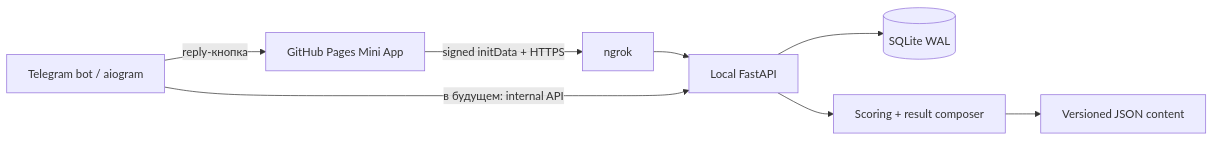
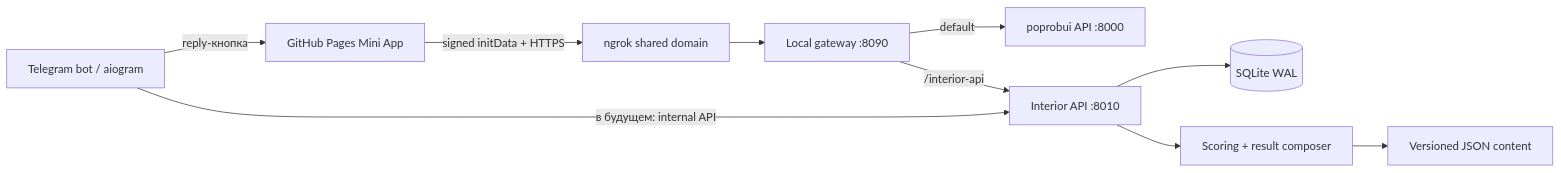
Before and after one commit to DariyXYZ/interior-narrative-bot: the diagram in docs/architecture.md, drawn with Mermaid. The commit also changed 3 other files, not shown here.

Commit message:
Route Mini App API through shared ngrok gateway

````diff
--- a/docs/architecture.md
+++ b/docs/architecture.md
@@ -5,10 +5,12 @@
 ```mermaid
 flowchart LR
     TG[Telegram bot / aiogram] -->|reply-кнопка| WEB[GitHub Pages Mini App]
-    WEB -->|signed initData + HTTPS| NG[ngrok]
-    NG --> API[Local FastAPI]
+    WEB -->|signed initData + HTTPS| NG[ngrok shared domain]
+    NG --> GW[Local gateway :8090]
+    GW -->|default| POP[poprobui API :8000]
+    GW -->|/interior-api| API[Interior API :8010]
     TG -->|в будущем: internal API| API
     API --> DB[(SQLite WAL)]
     API --> DOMAIN[Scoring + result composer]
     DOMAIN --> CONTENT[Versioned JSON content]
 ```
````
